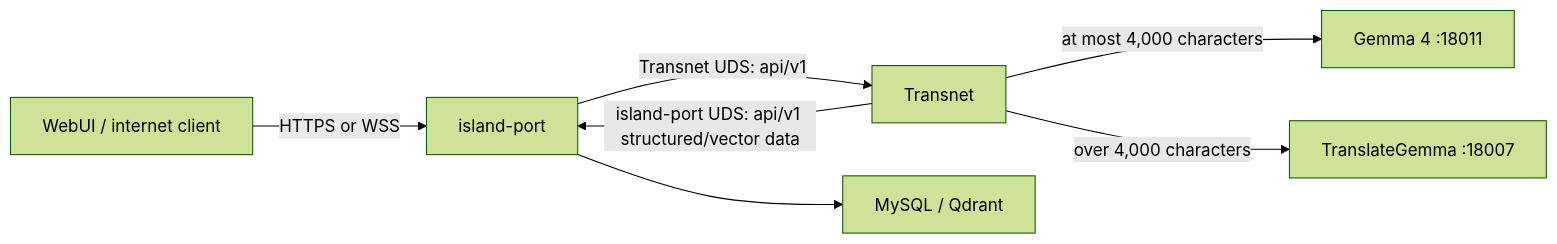
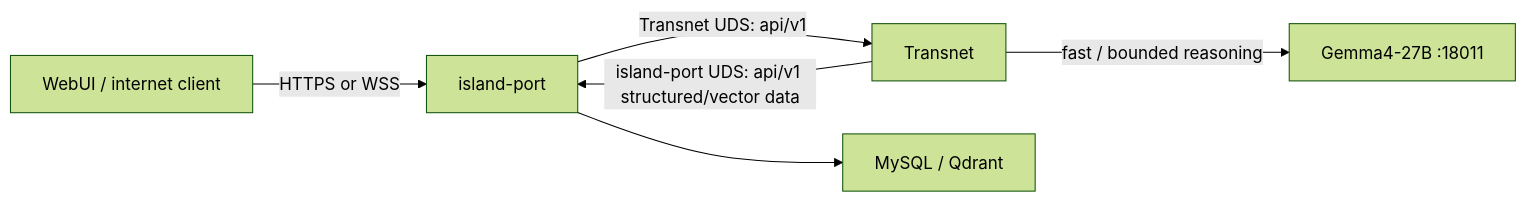
One commit to Ashex-x/Transnet changed the diagram in README.md. Above: the diagram before and after it, drawn with Mermaid (forest theme). The commit also changed other lines of this file and 39 other files, not shown here.

````diff
--- a/README.md
+++ b/README.md
@@ -22,9 +22,8 @@
 ```mermaid
 flowchart LR
   client["WebUI / internet client"] -->|"HTTPS or WSS"| island["island-port"]
   island -->|"Transnet UDS: api/v1"| service["Transnet"]
   service -->|"island-port UDS: api/v1 structured/vector data"| island
   island --> databases["MySQL / Qdrant"]
-  service -->|"at most 4,000 characters"| gemma4["Gemma 4 :18011"]
-  service -->|"over 4,000 characters"| translate["TranslateGemma :18007"]
+  service -->|"fast / bounded reasoning"| gemma4["Gemma4-27B :18011"]
 ```
````
